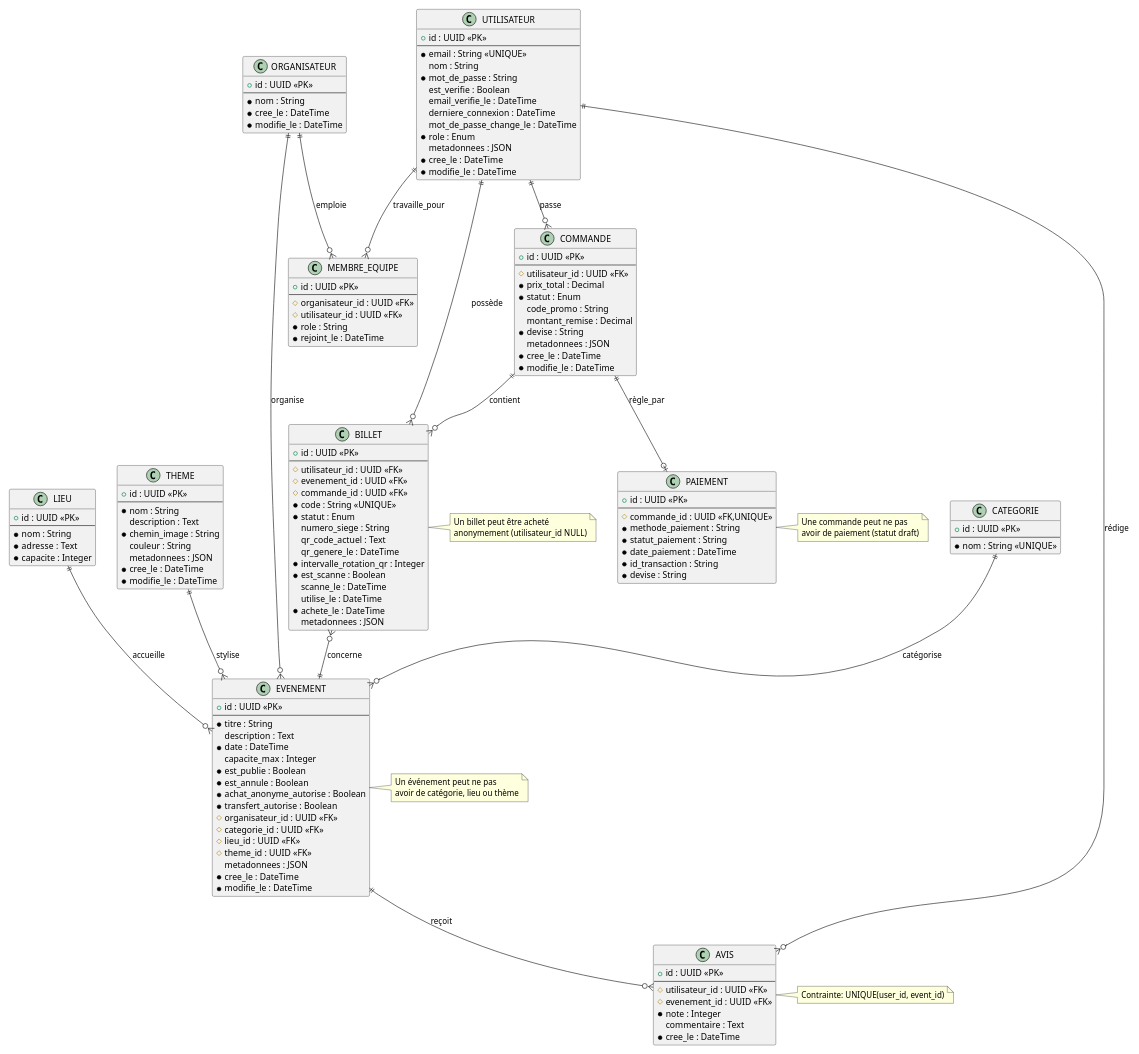
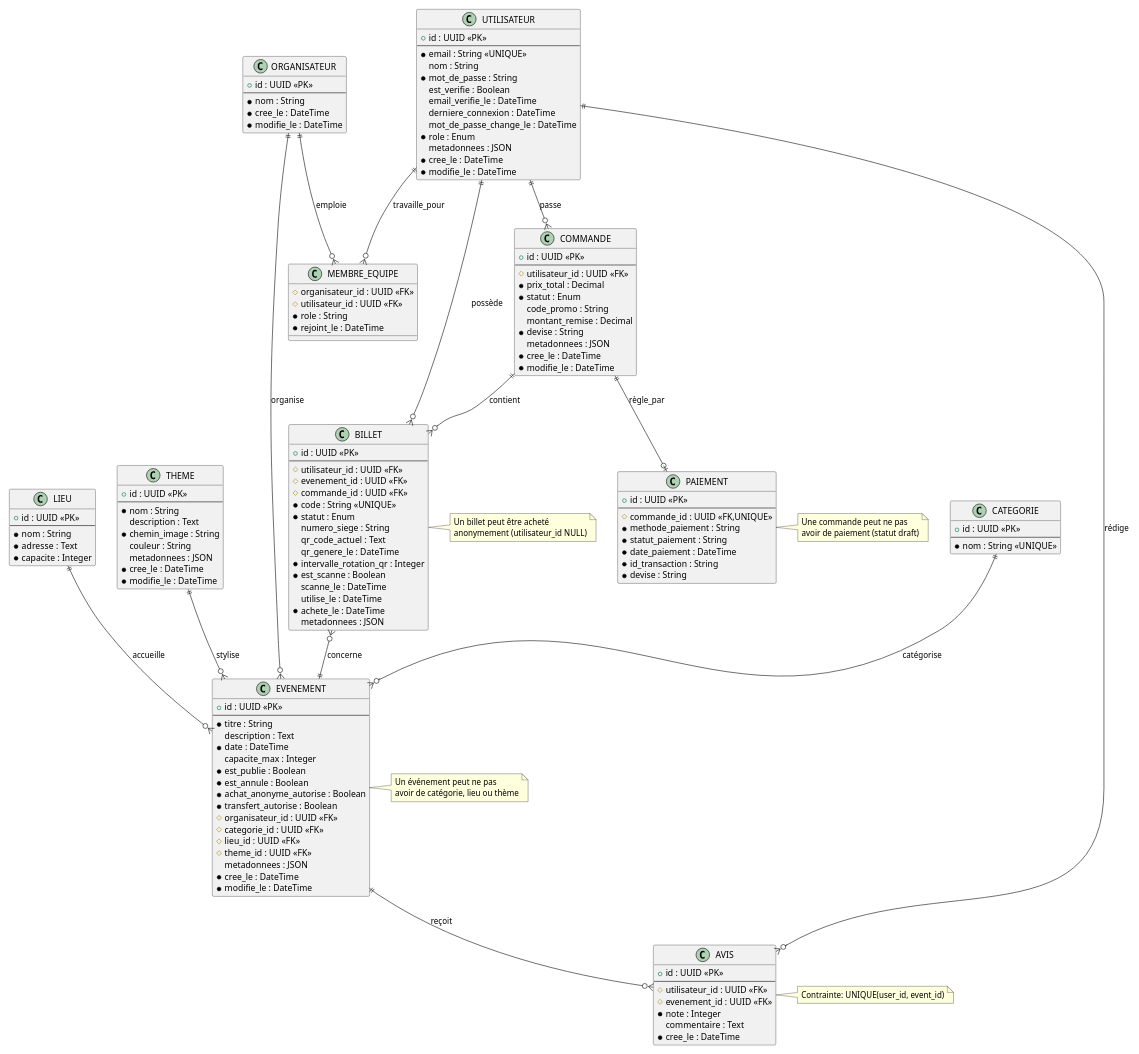
One commit to CorentinCoulet/M-C-Billetterie changed the diagram in diagrams/merise/mld-billetterie.puml. Above: the diagram before and after it, drawn with PlantUML.

Commit message:
modif mld

```diff
--- a/diagrams/merise/mld-billetterie.puml
+++ b/diagrams/merise/mld-billetterie.puml
@@ -1,161 +1,159 @@
 @startuml MLD-Billetterie
 
 scale 0.7
 page 2x1
 
 class UTILISATEUR {
     + id : UUID <<PK>>
     --
     * email : String <<UNIQUE>>
     nom : String
     * mot_de_passe : String
     est_verifie : Boolean
     email_verifie_le : DateTime
     derniere_connexion : DateTime
     mot_de_passe_change_le : DateTime
     * role : Enum
     metadonnees : JSON
     * cree_le : DateTime
     * modifie_le : DateTime
 }
 
 class ORGANISATEUR {
     + id : UUID <<PK>>
     --
     * nom : String
     * cree_le : DateTime
     * modifie_le : DateTime
 }
 
 class EVENEMENT {
     + id : UUID <<PK>>
     --
     * titre : String
     description : Text
     * date : DateTime
     ' lieu text retiré au profit de la FK lieu_id
     capacite_max : Integer
     * est_publie : Boolean
     * est_annule : Boolean
     * achat_anonyme_autorise : Boolean
     * transfert_autorise : Boolean
     # organisateur_id : UUID <<FK>>
     # categorie_id : UUID <<FK>>
     # lieu_id : UUID <<FK>>
     # theme_id : UUID <<FK>>
     metadonnees : JSON
     * cree_le : DateTime
     * modifie_le : DateTime
 }
 
 class COMMANDE {
     + id : UUID <<PK>>
     --
     # utilisateur_id : UUID <<FK>>
     * prix_total : Decimal
     * statut : Enum
     code_promo : String
     montant_remise : Decimal
     * devise : String
     metadonnees : JSON
     * cree_le : DateTime
     * modifie_le : DateTime
 }
 
 class BILLET {
     + id : UUID <<PK>>
     --
     # utilisateur_id : UUID <<FK>>
     # evenement_id : UUID <<FK>>
     # commande_id : UUID <<FK>>
     * code : String <<UNIQUE>>
     * statut : Enum
     numero_siege : String
     qr_code_actuel : Text
     qr_genere_le : DateTime
     * intervalle_rotation_qr : Integer
     * est_scanne : Boolean
     scanne_le : DateTime
     utilise_le : DateTime
     * achete_le : DateTime
     metadonnees : JSON
 }
 
 class PAIEMENT {
     + id : UUID <<PK>>
     --
     # commande_id : UUID <<FK,UNIQUE>>
     * methode_paiement : String
     * statut_paiement : String
     * date_paiement : DateTime
     * id_transaction : String
     * devise : String
 }
 
 class CATEGORIE {
     + id : UUID <<PK>>
     --
     * nom : String <<UNIQUE>>
 }
 
 class LIEU {
     + id : UUID <<PK>>
     --
     * nom : String
     * adresse : Text
     * capacite : Integer
 }
 
 class AVIS {
     + id : UUID <<PK>>
     --
     # utilisateur_id : UUID <<FK>>
     # evenement_id : UUID <<FK>>
     * note : Integer
     commentaire : Text
     * cree_le : DateTime
 }
 
 class THEME {
     + id : UUID <<PK>>
     --
     * nom : String
     description : Text
     * chemin_image : String
     couleur : String
     metadonnees : JSON
     * cree_le : DateTime
     * modifie_le : DateTime
 }
 
 class MEMBRE_EQUIPE {
-    + id : UUID <<PK>>
-    --
     # organisateur_id : UUID <<FK>>
     # utilisateur_id : UUID <<FK>>
     * role : String
     * rejoint_le : DateTime
 }
 
 ' Relations avec cardinalités
 UTILISATEUR ||--o{ COMMANDE : "passe"
 COMMANDE ||--o{ BILLET : "contient"
 BILLET }o--|| EVENEMENT : "concerne"
 UTILISATEUR ||--o{ BILLET : "possède"
 ORGANISATEUR ||--o{ EVENEMENT : "organise"
 CATEGORIE ||--o{ EVENEMENT : "catégorise"
 LIEU ||--o{ EVENEMENT : "accueille"
 UTILISATEUR ||--o{ AVIS : "rédige"
 EVENEMENT ||--o{ AVIS : "reçoit"
 THEME ||--o{ EVENEMENT : "stylise"
 ORGANISATEUR ||--o{ MEMBRE_EQUIPE : "emploie"
 UTILISATEUR ||--o{ MEMBRE_EQUIPE : "travaille_pour"
 COMMANDE ||--o| PAIEMENT : "règle_par"
 
 ' Notes sur les cardinalités
 note right of BILLET : Un billet peut être acheté\nanonymement (utilisateur_id NULL)
 note right of AVIS : Contrainte: UNIQUE(user_id, event_id)
 note right of EVENEMENT : Un événement peut ne pas\navoir de catégorie, lieu ou thème
 note right of PAIEMENT : Une commande peut ne pas\navoir de paiement (statut draft)
 
 @enduml
```
